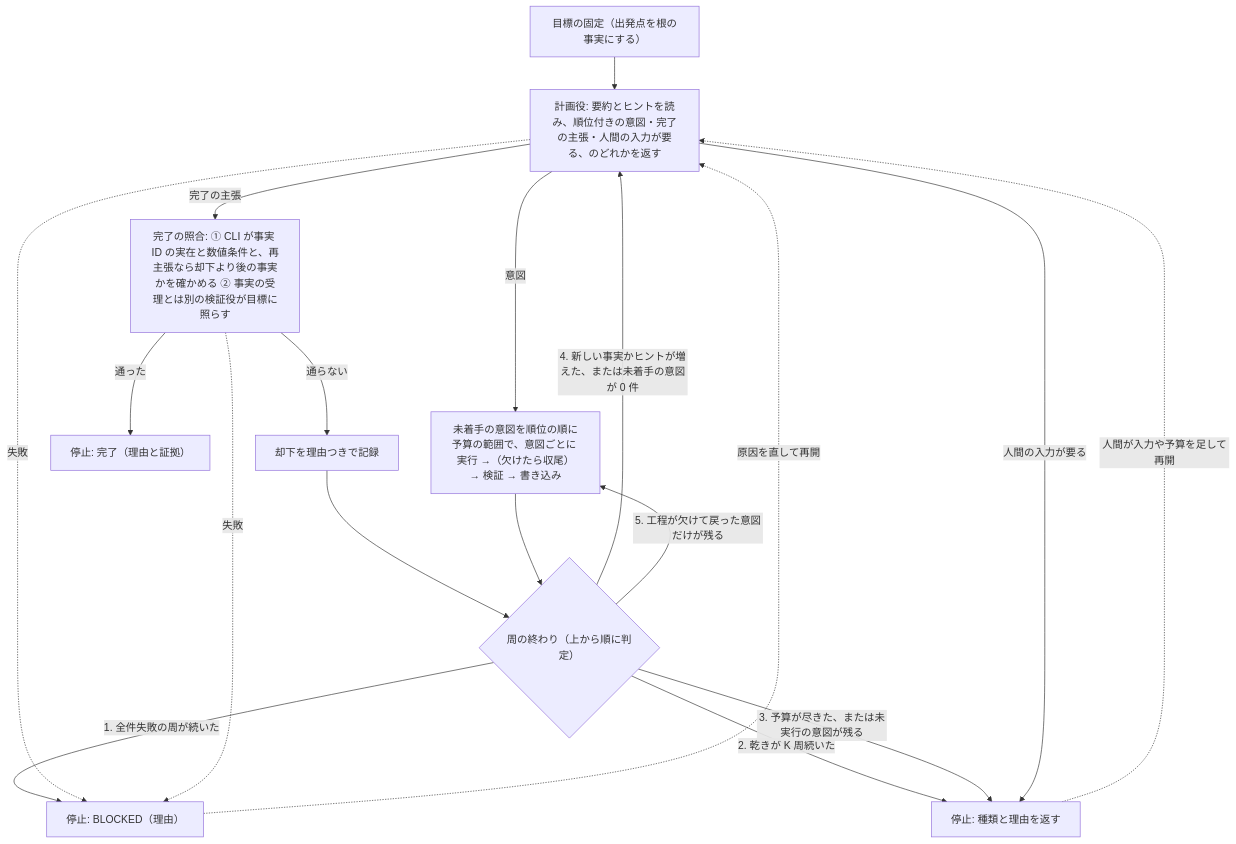
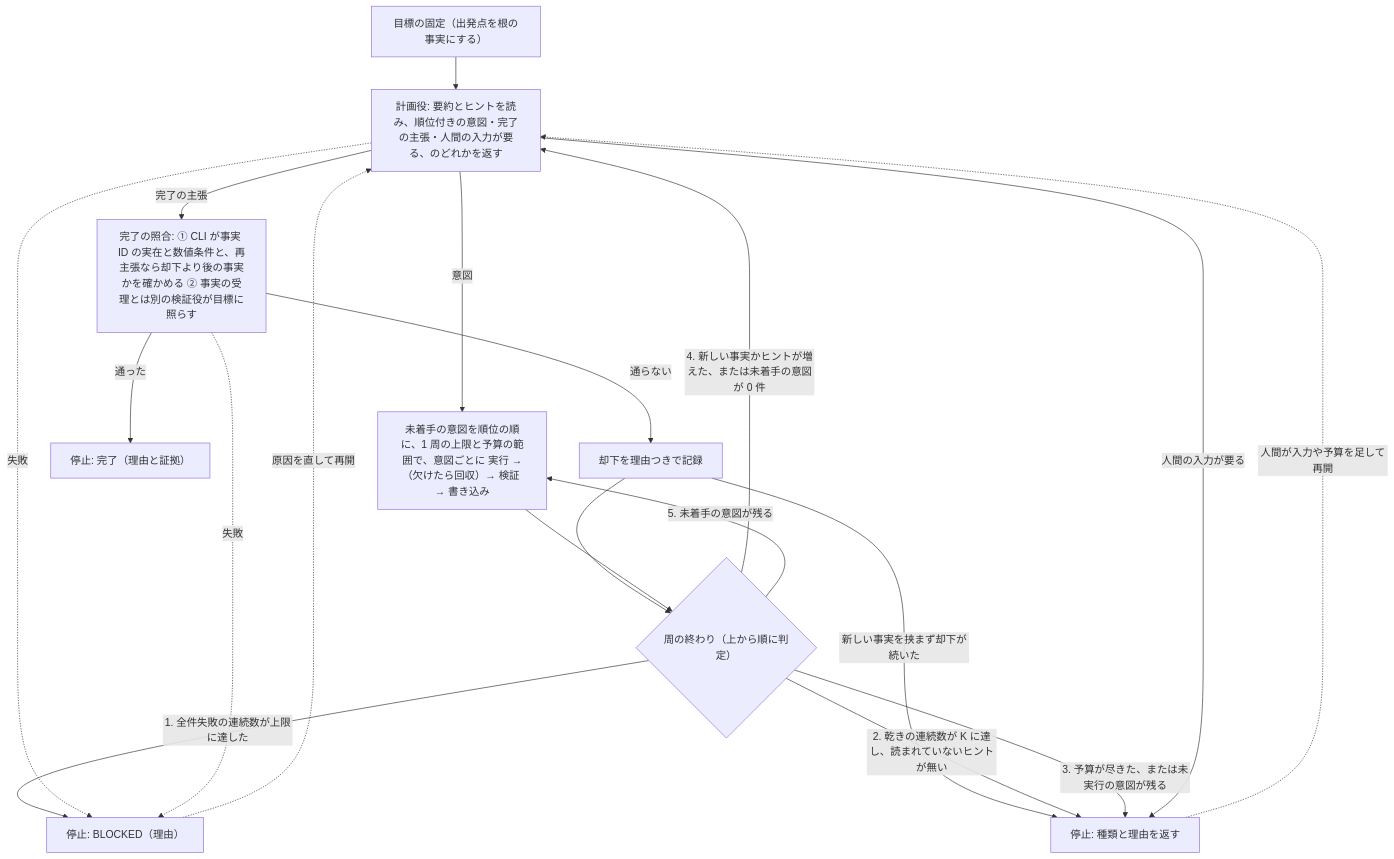
Before and after one commit to yoshiysh/claude-plugins: the third of 3 diagrams in docs/design/skill-design-patterns.md, drawn with Mermaid. The commit also changed other lines of this file, not shown here.

````diff
--- a/docs/design/skill-design-patterns.md
+++ b/docs/design/skill-design-patterns.md
@@ -223,19 +234,20 @@
 ```mermaid
 flowchart TD
   A["目標の固定（出発点を根の事実にする）"] --> P["計画役: 要約とヒントを読み、順位付きの意図・完了の主張・人間の入力が要る、のどれかを返す"]
-  P -- 意図 --> X["未着手の意図を順位の順に予算の範囲で、意図ごとに 実行 →（欠けたら収尾）→ 検証 → 書き込み"]
+  P -- 意図 --> X["未着手の意図を順位の順に、1 周の上限と予算の範囲で、意図ごとに 実行 →（欠けたら回収）→ 検証 → 書き込み"]
   P -- 完了の主張 --> C["完了の照合: ① CLI が事実 ID の実在と数値条件と、再主張なら却下より後の事実かを確かめる ② 事実の受理とは別の検証役が目標に照らす"]
   C -- 通った --> E["停止: 完了（理由と証拠）"]
   C -- 通らない --> RJ["却下を理由つきで記録"] --> R
+  RJ -- "新しい事実を挟まず却下が続いた" --> H
   X --> R{"周の終わり（上から順に判定）"}
-  R -- "1. 全件失敗の周が続いた" --> B["停止: BLOCKED（理由）"]
-  R -- "2. 乾きが K 周続いた" --> H["停止: 種類と理由を返す"]
+  R -- "1. 全件失敗の連続数が上限に達した" --> B["停止: BLOCKED（理由）"]
+  R -- "2. 乾きの連続数が K に達し、読まれていないヒントが無い" --> H["停止: 種類と理由を返す"]
   R -- "3. 予算が尽きた、または未実行の意図が残る" --> H
   R -- "4. 新しい事実かヒントが増えた、または未着手の意図が 0 件" --> P
-  R -- "5. 工程が欠けて戻った意図だけが残る" --> X
+  R -- "5. 未着手の意図が残る" --> X
   P -- 人間の入力が要る --> H
   P -. 失敗 .-> B
   C -. 失敗 .-> B
   H -. "人間が入力や予算を足して再開" .-> P
   B -. "原因を直して再開" .-> P
 ```
````
